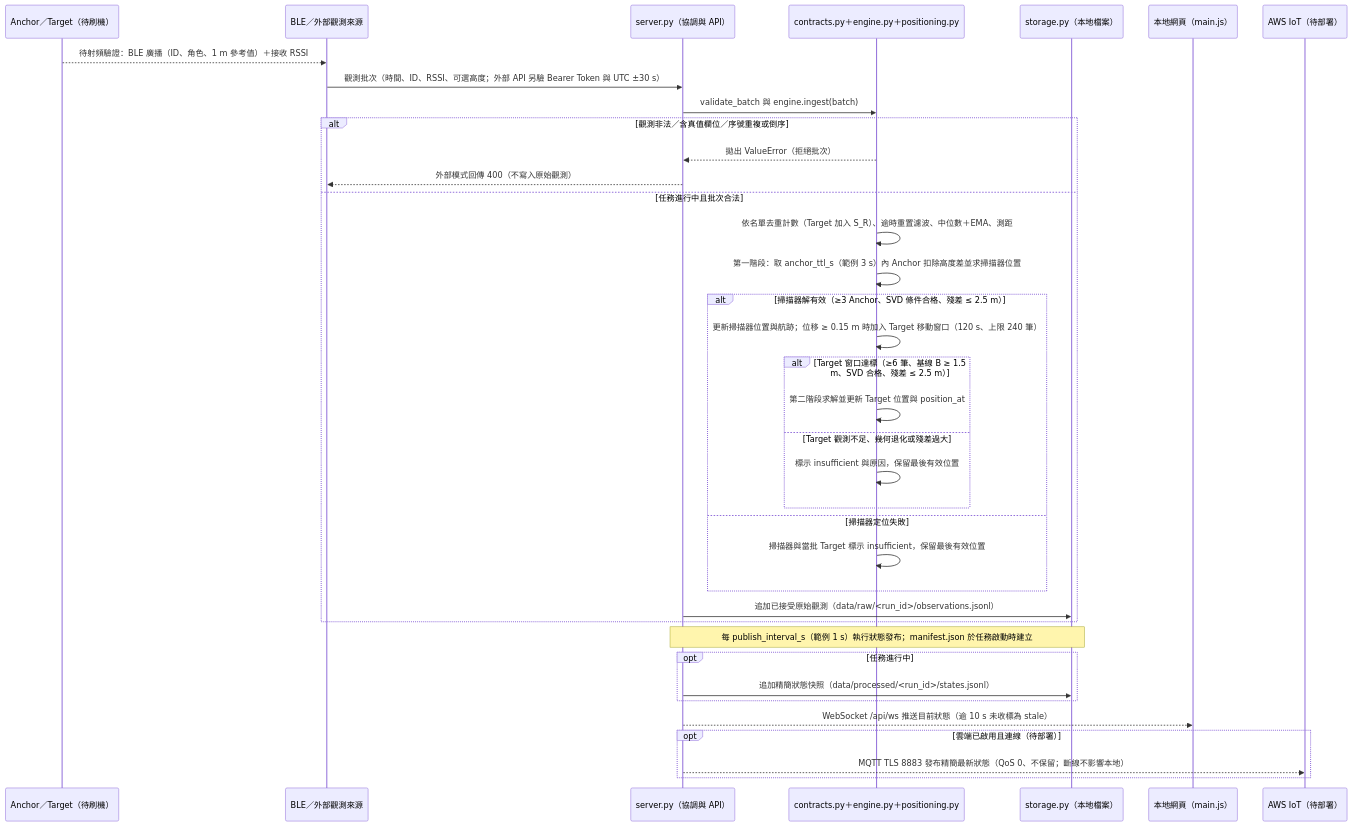
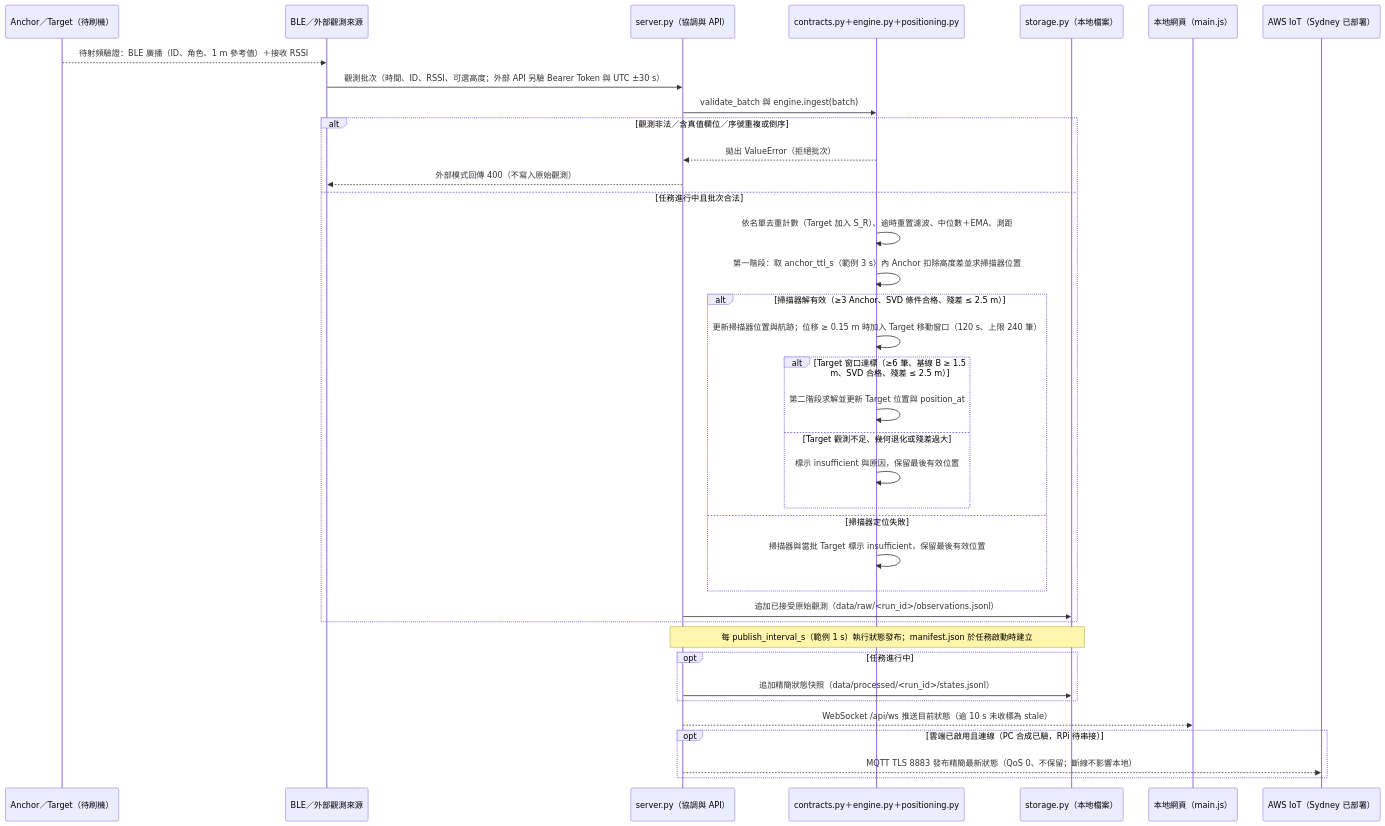
One commit to kaiy860123/ble-mobile-inventory changed the first of 2 diagrams in docs/report/diagrams/04-sequence.md. Above: the diagram before and after it, drawn with Mermaid. The commit also changed 9 other files, not shown here.

````diff
--- a/docs/report/diagrams/04-sequence.md
+++ b/docs/report/diagrams/04-sequence.md
@@ -5,40 +5,40 @@
 ```mermaid
 sequenceDiagram
   participant Tag as Anchor／Target（待刷機）
   participant Input as BLE／外部觀測來源
   participant Server as server.py（協調與 API）
   participant Core as contracts.py＋engine.py＋positioning.py
   participant Store as storage.py（本地檔案）
   participant Web as 本地網頁（main.js）
-  participant Cloud as AWS IoT（待部署）
+  participant Cloud as AWS IoT（Sydney 已部署）
 
   Tag-->>Input: 待射頻驗證：BLE 廣播（ID、角色、1 m 參考值）＋接收 RSSI
   Input->>Server: 觀測批次（時間、ID、RSSI、可選高度；外部 API 另驗 Bearer Token 與 UTC ±30 s）
   Server->>Core: validate_batch 與 engine.ingest(batch)
   alt 觀測非法／含真值欄位／序號重複或倒序
     Core-->>Server: 拋出 ValueError（拒絕批次）
     Server-->>Input: 外部模式回傳 400（不寫入原始觀測）
   else 任務進行中且批次合法
     Core->>Core: 依名單去重計數（Target 加入 S_R）、逾時重置濾波、中位數＋EMA、測距
     Core->>Core: 第一階段：取 anchor_ttl_s（範例 3 s）內 Anchor 扣除高度差並求掃描器位置
     alt 掃描器解有效（≥3 Anchor、SVD 條件合格、殘差 ≤ 2.5 m）
       Core->>Core: 更新掃描器位置與航跡；位移 ≥ 0.15 m 時加入 Target 移動窗口（120 s、上限 240 筆）
       alt Target 窗口達標（≥6 筆、基線 B ≥ 1.5 m、SVD 合格、殘差 ≤ 2.5 m）
         Core->>Core: 第二階段求解並更新 Target 位置與 position_at
       else Target 觀測不足、幾何退化或殘差過大
         Core->>Core: 標示 insufficient 與原因，保留最後有效位置
       end
     else 掃描器定位失敗
       Core->>Core: 掃描器與當批 Target 標示 insufficient，保留最後有效位置
     end
     Server->>Store: 追加已接受原始觀測（data/raw/<run_id>/observations.jsonl）
   end
   Note over Server,Store: 每 publish_interval_s（範例 1 s）執行狀態發布；manifest.json 於任務啟動時建立
   opt 任務進行中
     Server->>Store: 追加精簡狀態快照（data/processed/<run_id>/states.jsonl）
   end
   Server-->>Web: WebSocket /api/ws 推送目前狀態（逾 10 s 未收標為 stale）
-  opt 雲端已啟用且連線（待部署）
+  opt 雲端已啟用且連線（PC 合成已驗，RPi 待串接）
     Server-->>Cloud: MQTT TLS 8883 發布精簡最新狀態（QoS 0、不保留；斷線不影響本地）
   end
 ```
````
